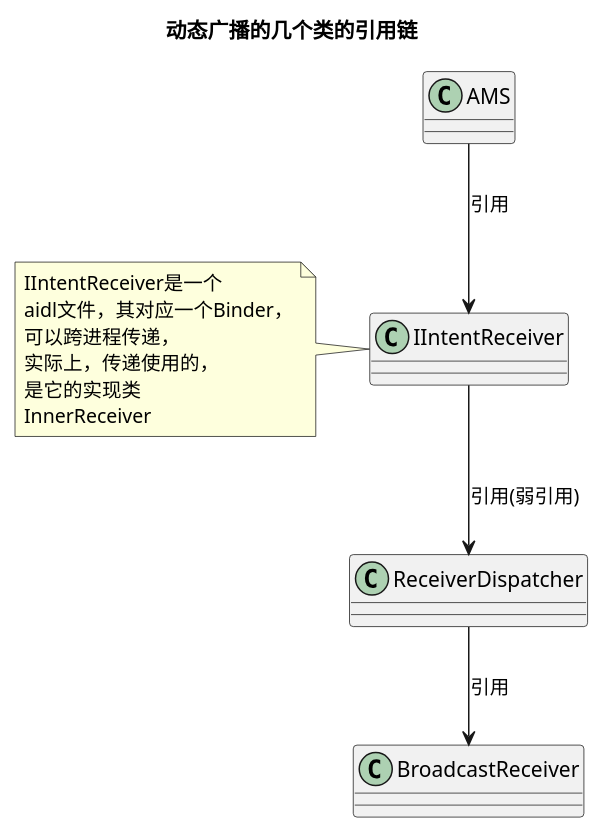
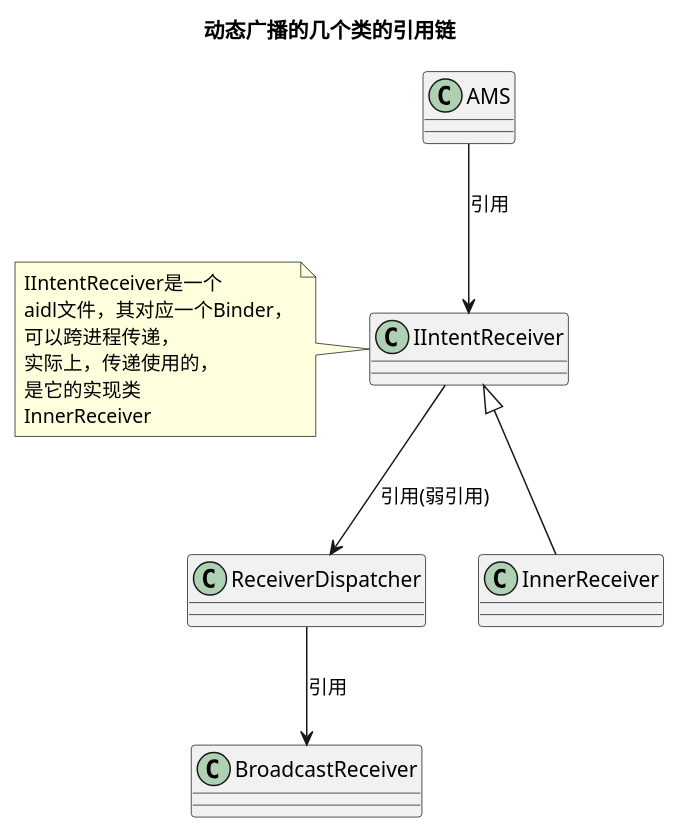
The diagram in Android_framework_sequences/广播_动态广播_01_注册_几个类的引用链.puml (KentTJ/ImoocRxJavaStudy), drawn with PlantUML before and after one commit.

Commit message:
广播的注册流程。

```diff
--- a/Android_framework_sequences/广播_动态广播_01_注册_几个类的引用链.puml
+++ b/Android_framework_sequences/广播_动态广播_01_注册_几个类的引用链.puml
@@ -1,21 +1,22 @@
 @startuml
 title 动态广播的几个类的引用链
 class AMS
 
 AMS --> IIntentReceiver  : 引用
 
 
 IIntentReceiver --> ReceiverDispatcher : 引用(弱引用)
 note left of IIntentReceiver
 IIntentReceiver是一个
 aidl文件，其对应一个Binder，
 可以跨进程传递，
 实际上，传递使用的，
 是它的实现类
 InnerReceiver
 end note
+IIntentReceiver <|-- InnerReceiver
 
 ReceiverDispatcher --> BroadcastReceiver : 引用
 
 
 @enduml
```
